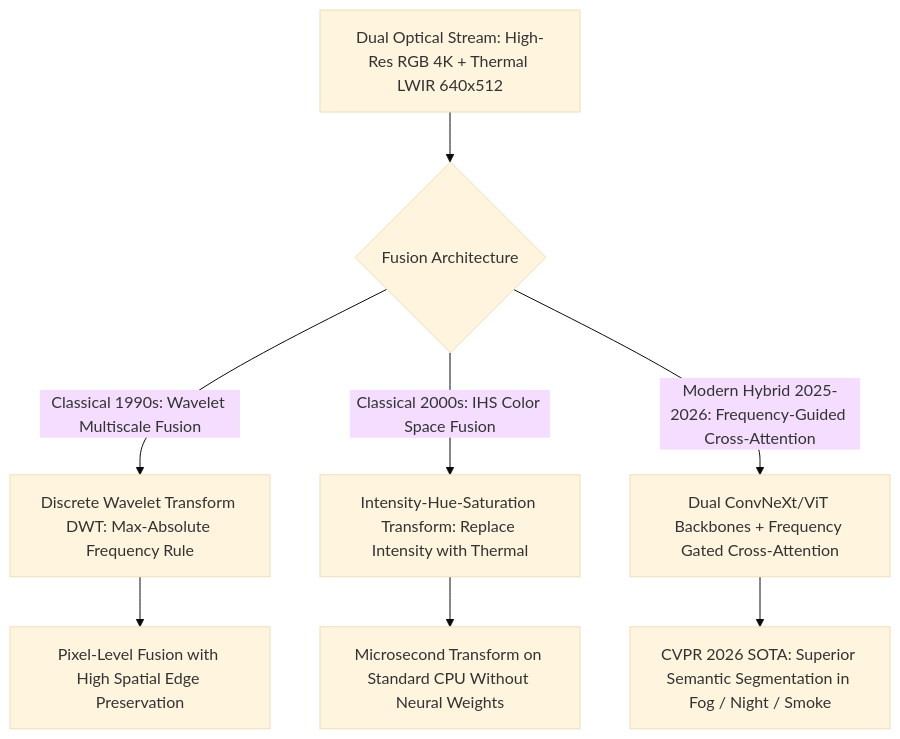
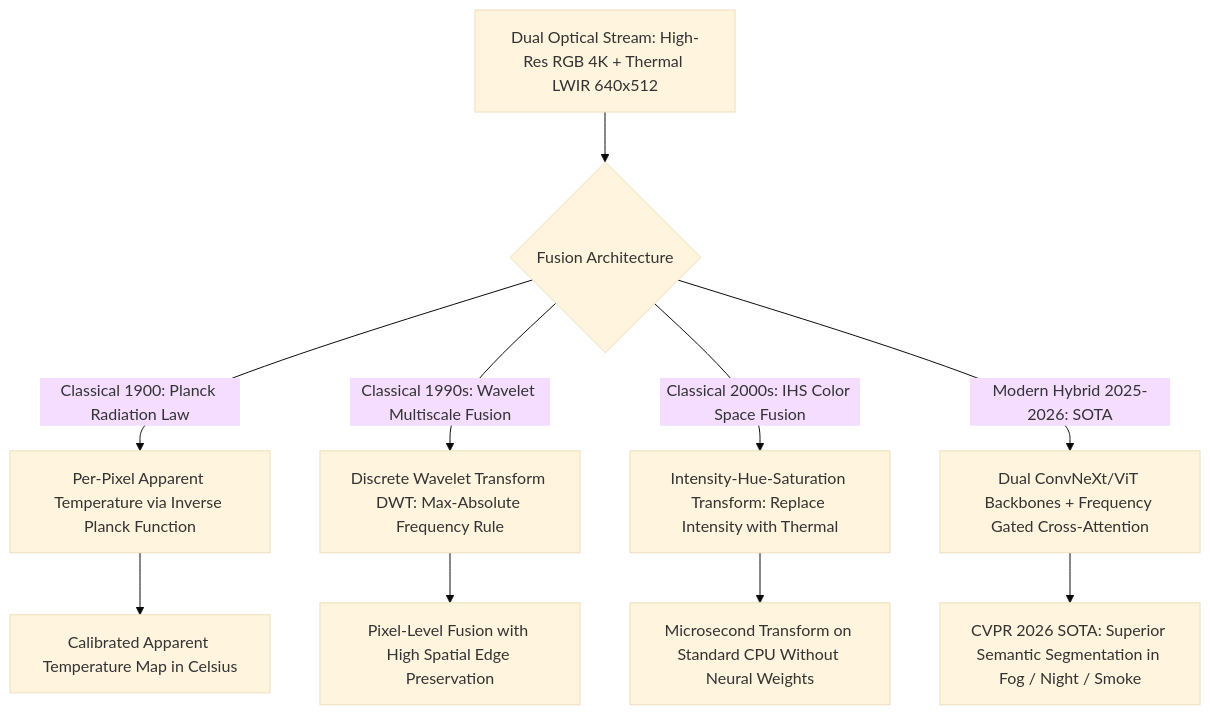
Before and after one commit to sergiomh499/cv-projects: the diagram in topics/thermal-and-hyperspectral-vision/04-classical-and-hybrid-methods.md, drawn with Mermaid (base theme). The commit also changed other lines of this file and 51 other files, not shown here.

````diff
--- a/topics/thermal-and-hyperspectral-vision/04-classical-and-hybrid-methods.md
+++ b/topics/thermal-and-hyperspectral-vision/04-classical-and-hybrid-methods.md
@@ -27,11 +27,12 @@
 ```mermaid
 flowchart TD
     Sensors["Dual Optical Stream: High-Res RGB 4K + Thermal LWIR 640x512"] --> Branch{"Fusion Architecture"}
+    Branch -->|Classical 1900: Planck Radiation Law| Planck["Per-Pixel Apparent Temperature via Inverse Planck Function"]
     Branch -->|Classical 1990s: Wavelet Multiscale Fusion| Wavelet["Discrete Wavelet Transform DWT: Max-Absolute Frequency Rule"]
     Branch -->|Classical 2000s: IHS Color Space Fusion| IHS["Intensity-Hue-Saturation Transform: Replace Intensity with Thermal"]
-    Branch -->|Modern Hybrid 2025-2026: Frequency-Guided Cross-Attention| Hybrid["Dual ConvNeXt/ViT Backbones + Frequency Gated Cross-Attention"]
+    Branch -->|Modern Hybrid 2025-2026: SOTA| Hybrid["Dual ConvNeXt/ViT Backbones + Frequency Gated Cross-Attention"]
+    Planck --> TempMap["Calibrated Apparent Temperature Map in Celsius"]
     Wavelet --> ZeroBlur["Pixel-Level Fusion with High Spatial Edge Preservation"]
     IHS --> FastRealTime["Microsecond Transform on Standard CPU Without Neural Weights"]
     Hybrid --> WeatherInvariant["CVPR 2026 SOTA: Superior Semantic Segmentation in Fog / Night / Smoke"]
-
 ```
````
